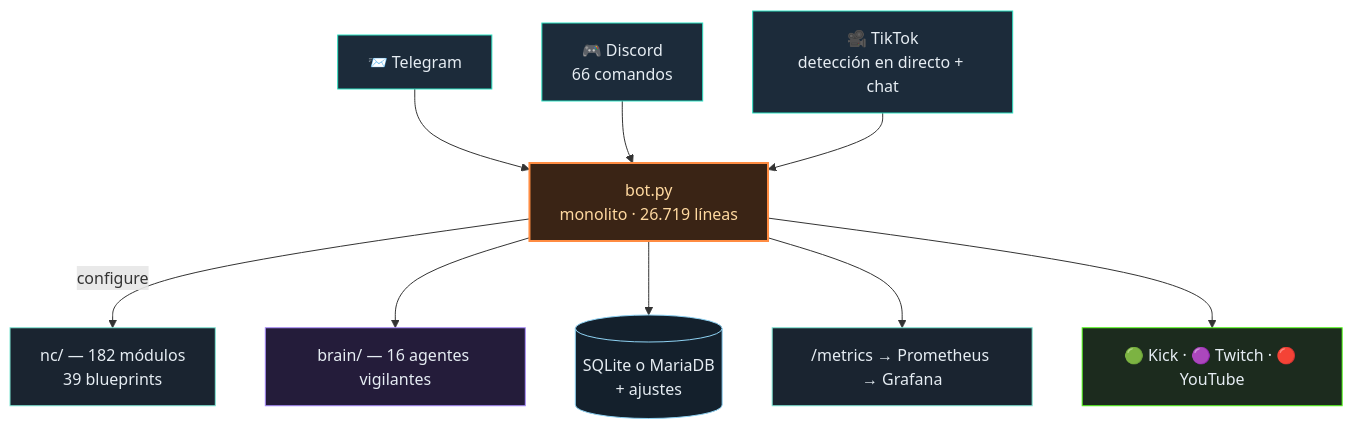
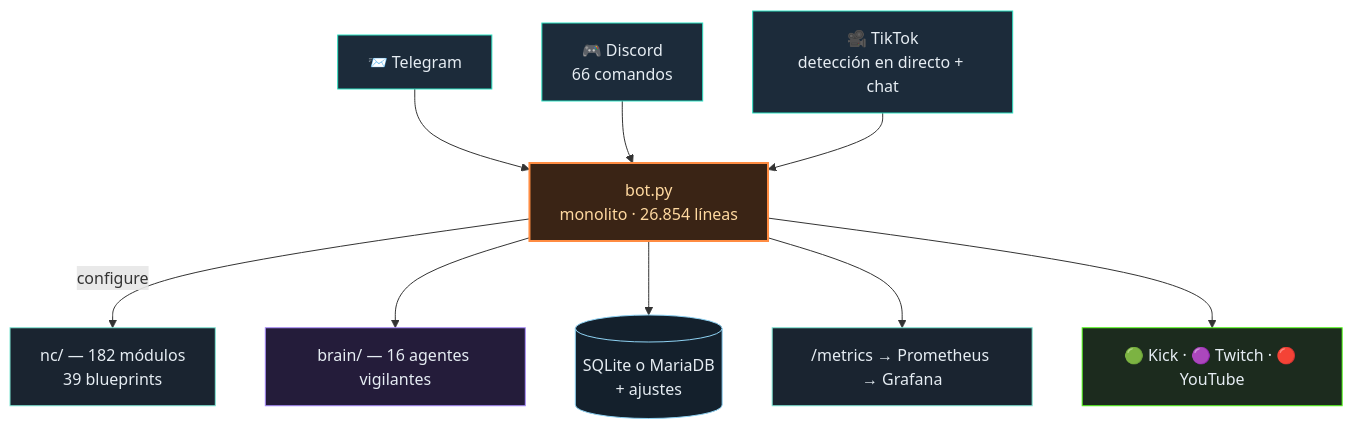
One commit to itsamemedev/Telegram-Stream-Info-Bot changed the diagram in README.es.md. Above: the diagram before and after it, drawn with Mermaid. The commit also changed other lines of this file and 14 other files, not shown here.

````diff
--- a/README.es.md
+++ b/README.es.md
@@ -64,18 +64,18 @@
 ```mermaid
 flowchart TB
     TG["📨 Telegram"]:::ein --> BOT
     DC["🎮 Discord<br/>66 comandos"]:::ein --> BOT
     TT["🎥 TikTok<br/>detección en directo + chat"]:::ein --> BOT
-    BOT["bot.py<br/>monolito · 26.719 líneas"]:::core
+    BOT["bot.py<br/>monolito · 26.854 líneas"]:::core
     BOT -->|configure| NC["nc/ — 182 módulos<br/>39 blueprints"]:::lib
     BOT --> BRAIN["brain/ — 16 agentes vigilantes"]:::brain
     BOT --> DB[("SQLite o MariaDB<br/>+ ajustes")]:::db
     BOT --> PROM["/metrics → Prometheus → Grafana"]:::lib
     BOT --> OUT["🟢 Kick · 🟣 Twitch · 🔴 YouTube"]:::out
     classDef ein fill:#1c2b3a,stroke:#2de1c2,color:#e6edf3
     classDef core fill:#3a2415,stroke:#ff8c42,stroke-width:2px,color:#ffd9a0
     classDef lib fill:#1a2430,stroke:#7fe7d4,color:#e6edf3
     classDef brain fill:#241c3a,stroke:#a78bfa,color:#e6edf3
     classDef db fill:#14202c,stroke:#8fd3f4,color:#e6edf3
     classDef out fill:#1c2b1e,stroke:#53fc18,color:#e6edf3
 ```
````
